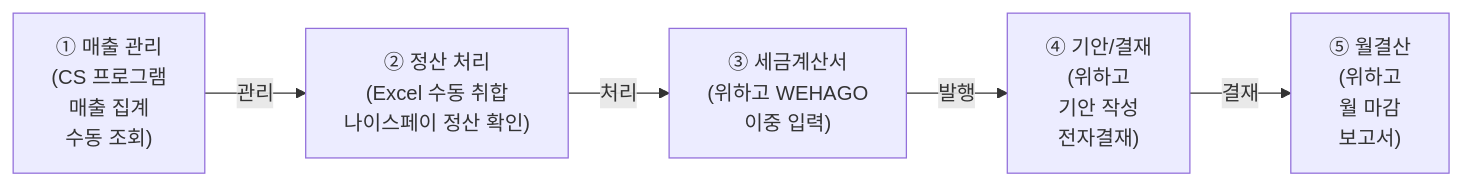
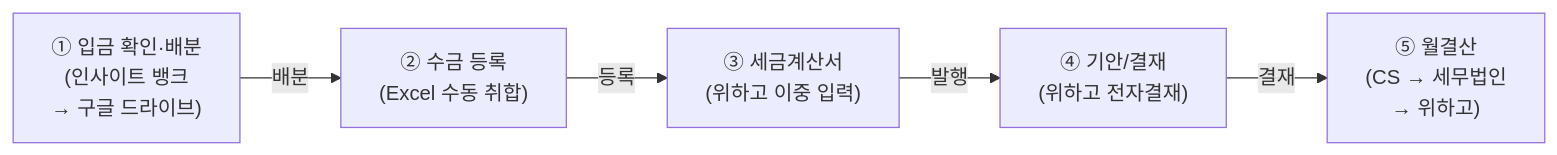
The third of 10 diagrams in src/content/docs/goodthinking-isp/02-analysis/business-analysis.md (sknkwoxs/manual-book), drawn with Mermaid before and after one commit. The commit also changed other lines of this file and 8 other files, not shown here.

Commit message:
docs(goodthinking-isp): 경영지원팀 Mermaid 인터뷰 반영, 용어사전 확충, 오타·렌더링 수정

````diff
--- a/src/content/docs/goodthinking-isp/02-analysis/business-analysis.md
+++ b/src/content/docs/goodthinking-isp/02-analysis/business-analysis.md
@@ -99,7 +99,7 @@
 ```mermaid
 flowchart LR
-    A["① 매출 관리<br/>(CS 프로그램<br/>매출 집계<br/>수동 조회)"] -->|관리| B["② 정산 처리<br/>(Excel 수동 취합<br/>나이스페이 정산 확인)"]
-    B -->|처리| C["③ 세금계산서<br/>(위하고 WEHAGO<br/>이중 입력)"]
-    C -->|발행| D["④ 기안/결재<br/>(위하고<br/>기안 작성<br/>전자결재)"]
-    D -->|결재| E["⑤ 월결산<br/>(위하고<br/>월 마감<br/>보고서)"]
+    A["① 입금 확인·배분<br/>(인사이트 뱅크<br/>→ 구글 드라이브)"] -->|배분| B["② 수금 등록<br/>(Excel 수동 취합)"]
+    B -->|등록| C["③ 세금계산서<br/>(위하고 이중 입력)"]
+    C -->|발행| D["④ 기안/결재<br/>(위하고 전자결재)"]
+    D -->|결재| E["⑤ 월결산<br/>(CS → 세무법인<br/>→ 위하고)"]
 ```
````
